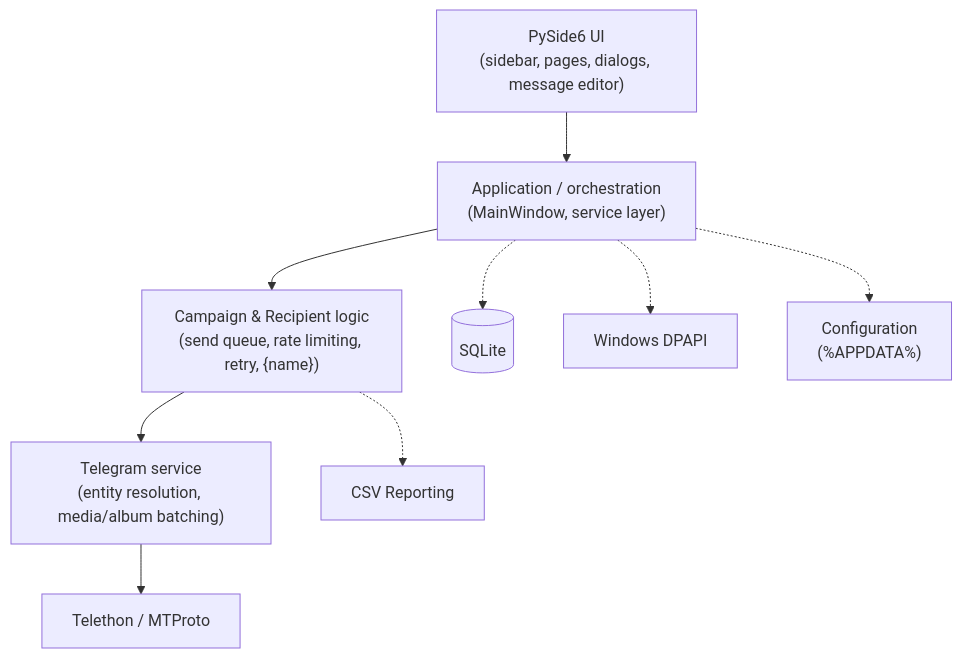
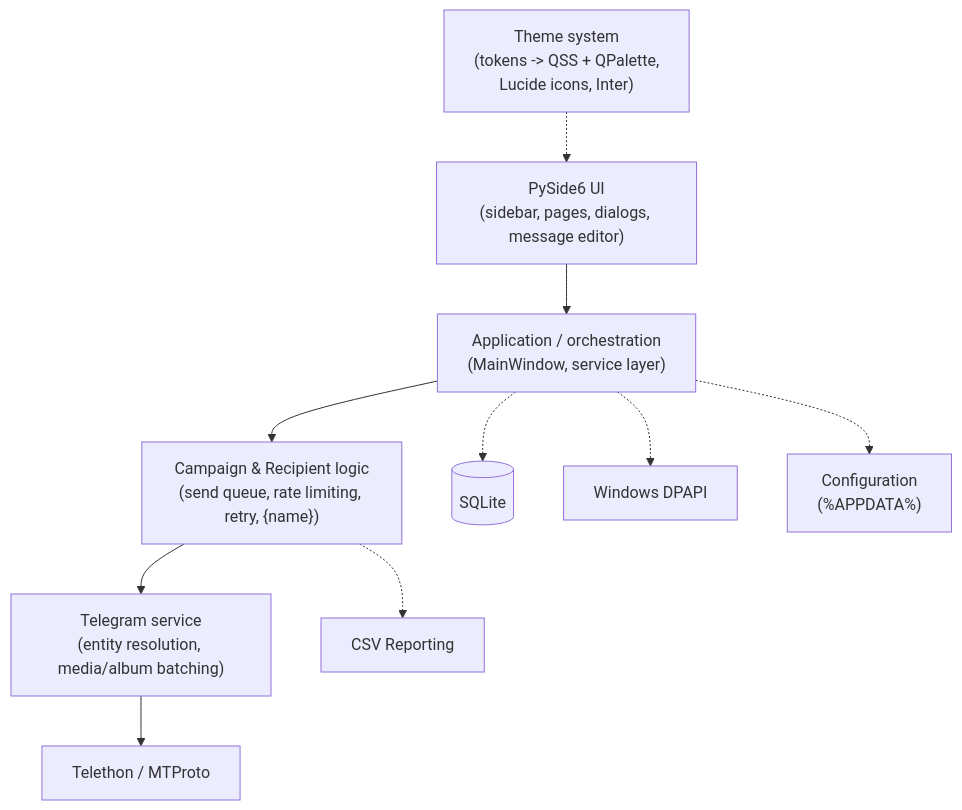
Before and after one commit to BagroDeRose/TelegramMassSender: the diagram in README.md, drawn with Mermaid. The commit also changed other lines of this file and 102 other files, not shown here.

````diff
--- a/README.md
+++ b/README.md
@@ -73,20 +74,22 @@
 ```mermaid
 flowchart TD
     UI["PySide6 UI\n(sidebar, pages, dialogs, message editor)"]
+    THEME["Theme system\n(tokens -> QSS + QPalette,\nLucide icons, Inter)"]
     APP["Application / orchestration\n(MainWindow, service layer)"]
     CAMPAIGN["Campaign & Recipient logic\n(send queue, rate limiting, retry, {name})"]
     TG["Telegram service\n(entity resolution, media/album batching)"]
     MTPROTO["Telethon / MTProto"]
 
     UI --> APP --> CAMPAIGN --> TG --> MTPROTO
+    THEME -.-> UI
 
     SQLITE[("SQLite")]
     DPAPI["Windows DPAPI"]
     CONFIG["Configuration\n(%APPDATA%)"]
     REPORT["CSV Reporting"]
 
     APP -.-> SQLITE
     APP -.-> DPAPI
     APP -.-> CONFIG
     CAMPAIGN -.-> REPORT
 ```
````
